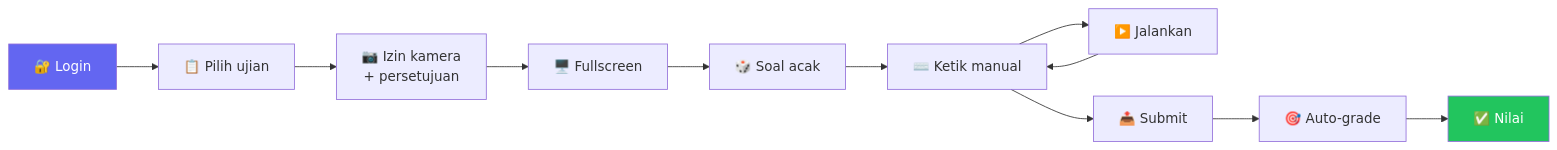
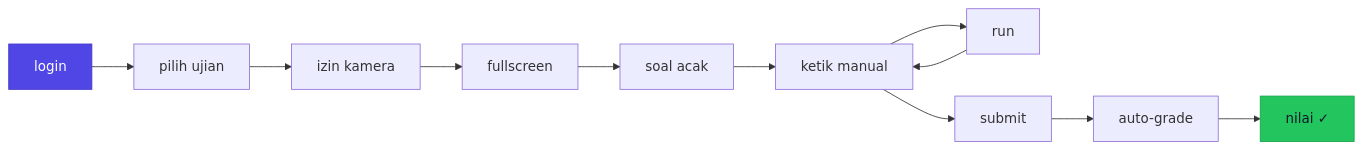
One commit to muhammadrizalharis/UNISMUH-CodeUnical changed the third of 3 diagrams in README.md. Above: the diagram before and after it, drawn with Mermaid. The commit also changed other lines of this file, not shown here.

````diff
--- a/README.md
+++ b/README.md
@@ -140,15 +143,15 @@
 ```mermaid
 flowchart LR
-    A["🔐 Login"] --> B["📋 Pilih ujian"]
-    B --> C["📷 Izin kamera<br/>+ persetujuan"]
-    C --> D["🖥️ Fullscreen"]
-    D --> E["🎲 Soal acak"]
-    E --> F["⌨️ Ketik manual"]
-    F --> G["▶️ Jalankan"]
+    A["login"] --> B["pilih ujian"]
+    B --> C["izin kamera"]
+    C --> D["fullscreen"]
+    D --> E["soal acak"]
+    E --> F["ketik manual"]
+    F --> G["run"]
     G --> F
-    F --> H["📤 Submit"]
-    H --> I["🎯 Auto-grade"]
-    I --> J["✅ Nilai"]
-    style J fill:#22C55E,color:#fff
-    style A fill:#6366F1,color:#fff
+    F --> H["submit"]
+    H --> I["auto-grade"]
+    I --> J["nilai ✓"]
+    style J fill:#22c55e,color:#0f172a,stroke:#16a34a
+    style A fill:#4f46e5,color:#fff,stroke:#4338ca
 ```
````
